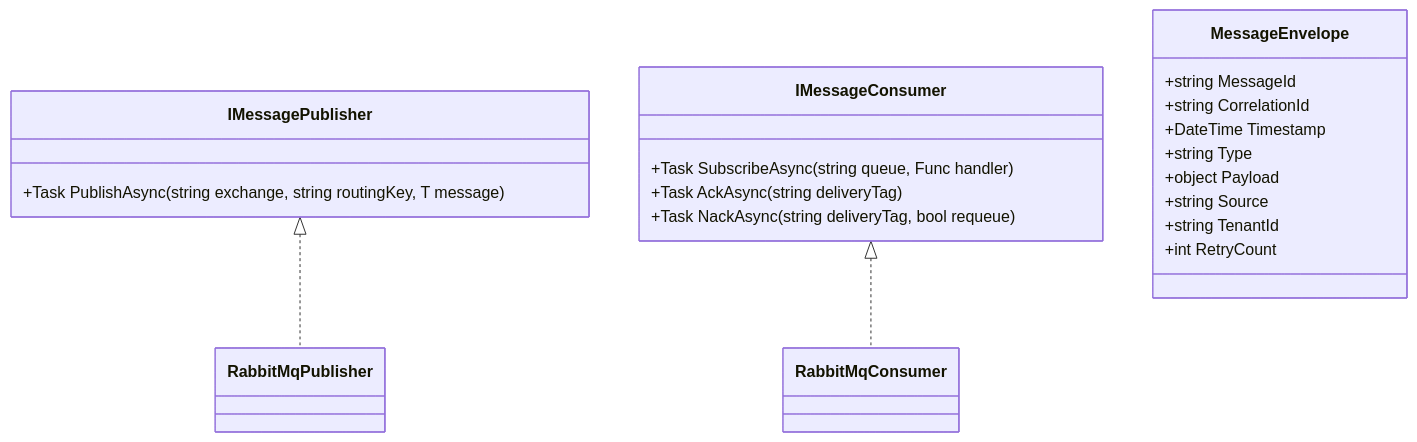
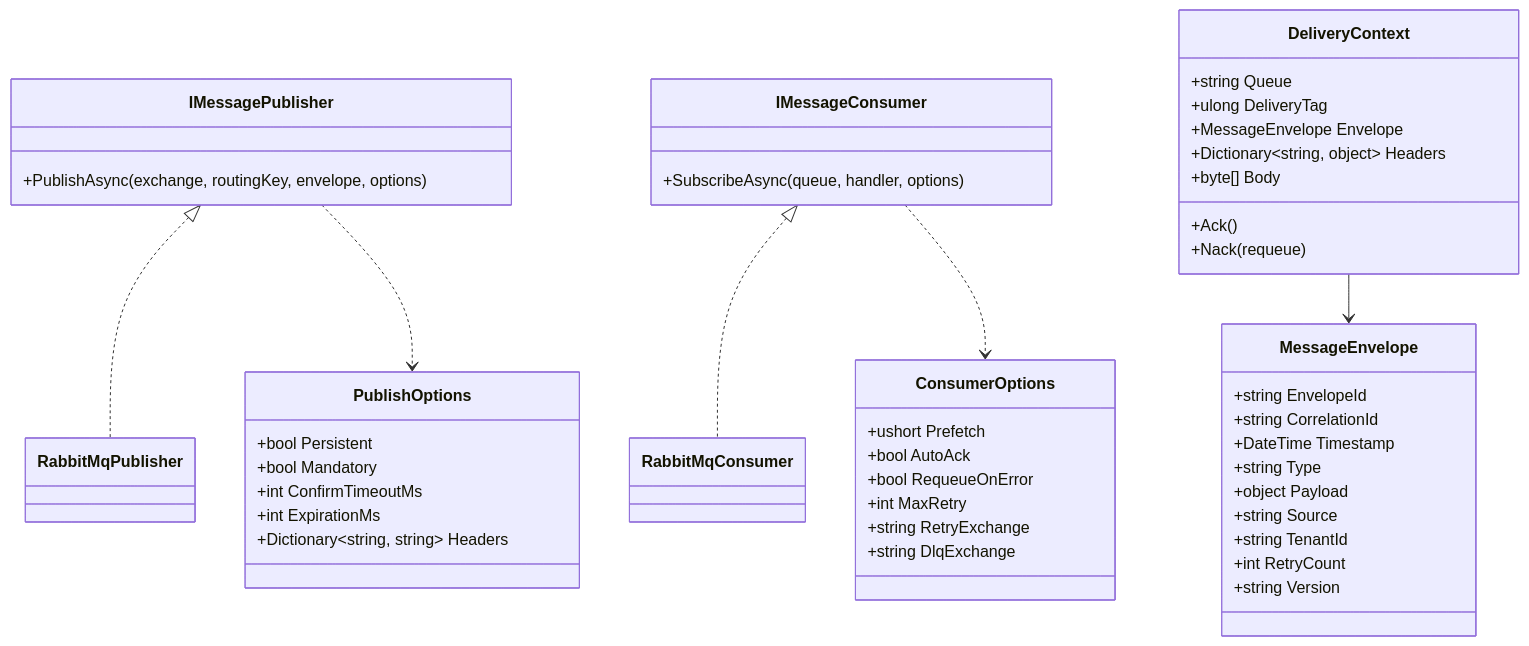
One commit to eatbs0956/FA_Device_Data_Collector_Public changed the tenth of 19 diagrams in 01_Doc/01_PJDesign/05_LLD_工业数据采集系统详细设计.md. Above: the diagram before and after it, drawn with Mermaid. The commit also changed other lines of this file, not shown here.

````diff
--- a/01_Doc/01_PJDesign/05_LLD_工业数据采集系统详细设计.md
+++ b/01_Doc/01_PJDesign/05_LLD_工业数据采集系统详细设计.md
@@ -1796,23 +2616,49 @@
 ```mermaid
 classDiagram
   class IMessagePublisher {
-    +Task PublishAsync<T>(string exchange, string routingKey, T message)
+    +PublishAsync(exchange, routingKey, envelope, options)
   }
   class IMessageConsumer {
-    +Task SubscribeAsync(string queue, Func<MessageEnvelope, Task> handler)
-    +Task AckAsync(string deliveryTag)
-    +Task NackAsync(string deliveryTag, bool requeue)
+    +SubscribeAsync(queue, handler, options)
+  }
+  class PublishOptions {
+    +bool Persistent
+    +bool Mandatory
+    +int ConfirmTimeoutMs
+    +int ExpirationMs
+    +Dictionary~string, string~ Headers
+  }
+  class ConsumerOptions {
+    +ushort Prefetch
+    +bool AutoAck
+    +bool RequeueOnError
+    +int MaxRetry
+    +string RetryExchange
+    +string DlqExchange
+  }
+  class DeliveryContext {
+    +string Queue
+    +ulong DeliveryTag
+    +MessageEnvelope Envelope
+    +Dictionary~string, object~ Headers
+    +byte[] Body
+    +Ack()
+    +Nack(requeue)
   }
   class MessageEnvelope {
-    +string MessageId
+    +string EnvelopeId
     +string CorrelationId
     +DateTime Timestamp
     +string Type
     +object Payload
     +string Source
     +string TenantId
     +int RetryCount
+    +string Version
   }
   IMessagePublisher <|.. RabbitMqPublisher
   IMessageConsumer <|.. RabbitMqConsumer
+  DeliveryContext --> MessageEnvelope
+  IMessagePublisher ..> PublishOptions
+  IMessageConsumer ..> ConsumerOptions
 ```
````
